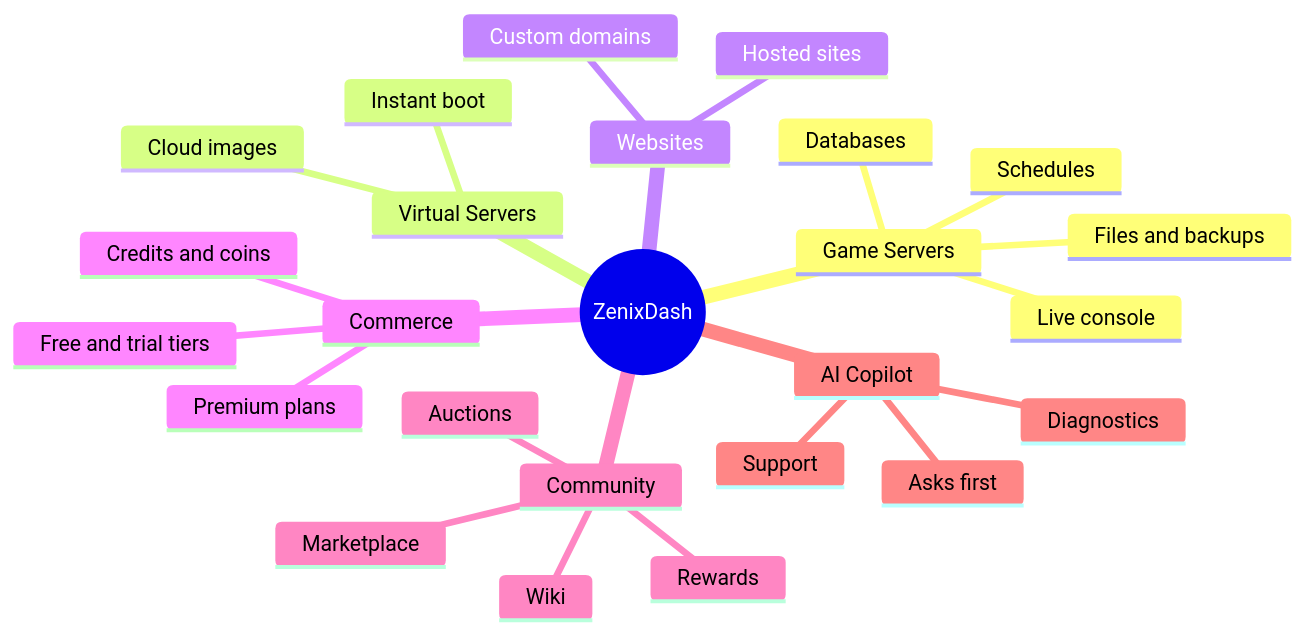
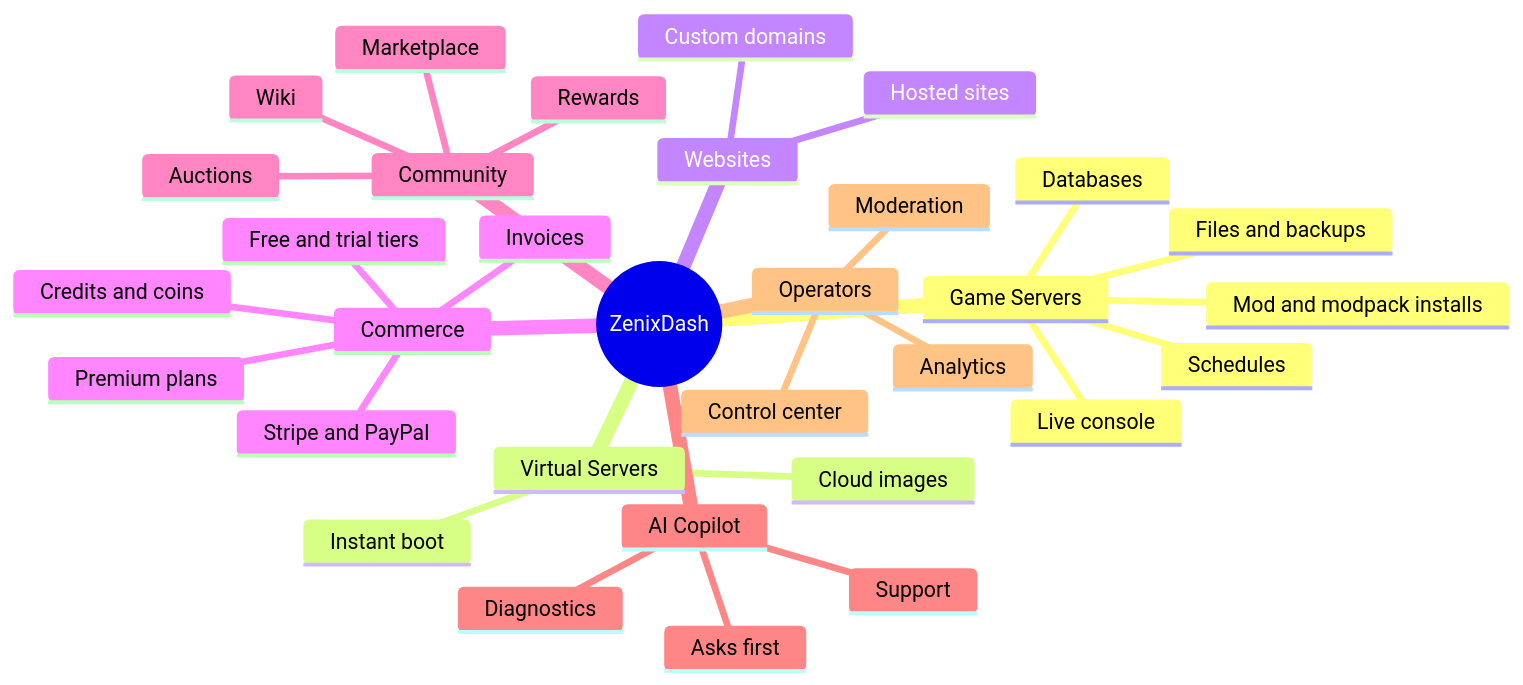
Before and after one commit to Zenix-Developers/ZenixDash-Showcase: the first of 4 diagrams in README.md, drawn with Mermaid. The commit also changed other lines of this file and 1 other file, not shown here.

````diff
--- a/README.md
+++ b/README.md
@@ -26,28 +47,35 @@
 ```mermaid
 mindmap
   root((ZenixDash))
     Game Servers
       Live console
       Files and backups
       Schedules
       Databases
+      Mod and modpack installs
     Virtual Servers
       Cloud images
       Instant boot
     Websites
       Hosted sites
       Custom domains
     Commerce
       Free and trial tiers
       Premium plans
+      Stripe and PayPal
       Credits and coins
+      Invoices
     Community
       Wiki
       Marketplace
       Rewards
       Auctions
     AI Copilot
       Diagnostics
       Support
       Asks first
+    Operators
+      Control center
+      Moderation
+      Analytics
 ```
````
